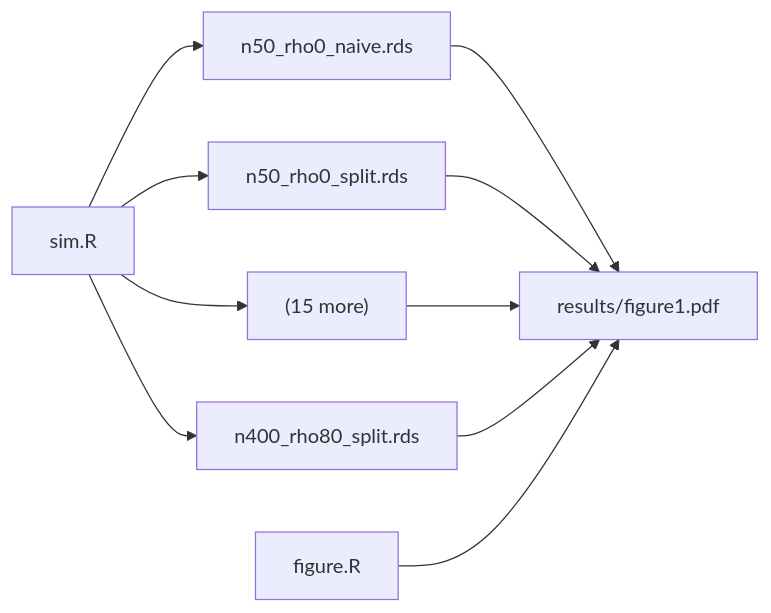
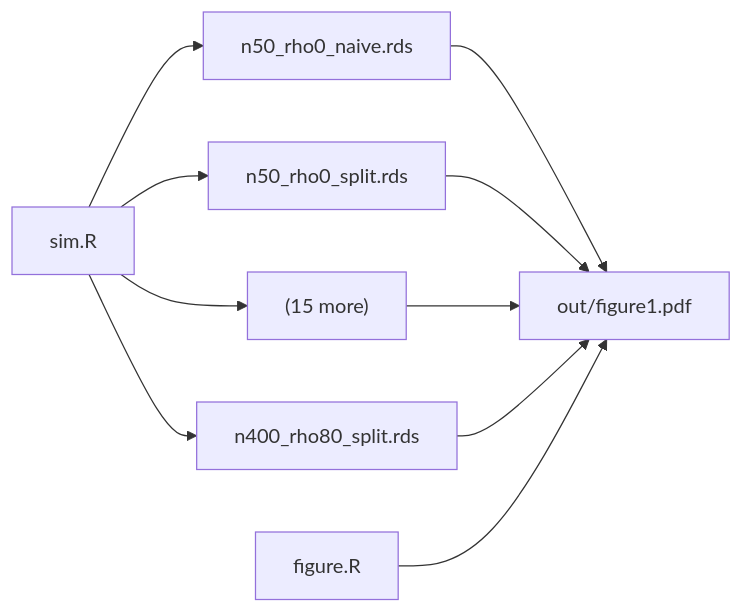
One commit to lharris421/snakemake-tutorial changed the diagram in 03-wildcards.qmd. Above: the diagram before and after it, drawn with Mermaid. The commit also changed other lines of this file and 66 other files, not shown here.

````diff
--- a/03-wildcards.qmd
+++ b/03-wildcards.qmd
@@ -130,13 +130,13 @@
 ```{mermaid}
 %%| fig-align: center
 flowchart LR
   A[sim.R] --> B1[n50_rho0_naive.rds]
   A --> B2[n50_rho0_split.rds]
   A --> B3["(15 more)"]
   A --> B4[n400_rho80_split.rds]
-  B1 --> F[results/figure1.pdf]
+  B1 --> F[out/figure1.pdf]
   B2 --> F
   B3 --> F
   B4 --> F
   G[figure.R] --> F
 ```
````
